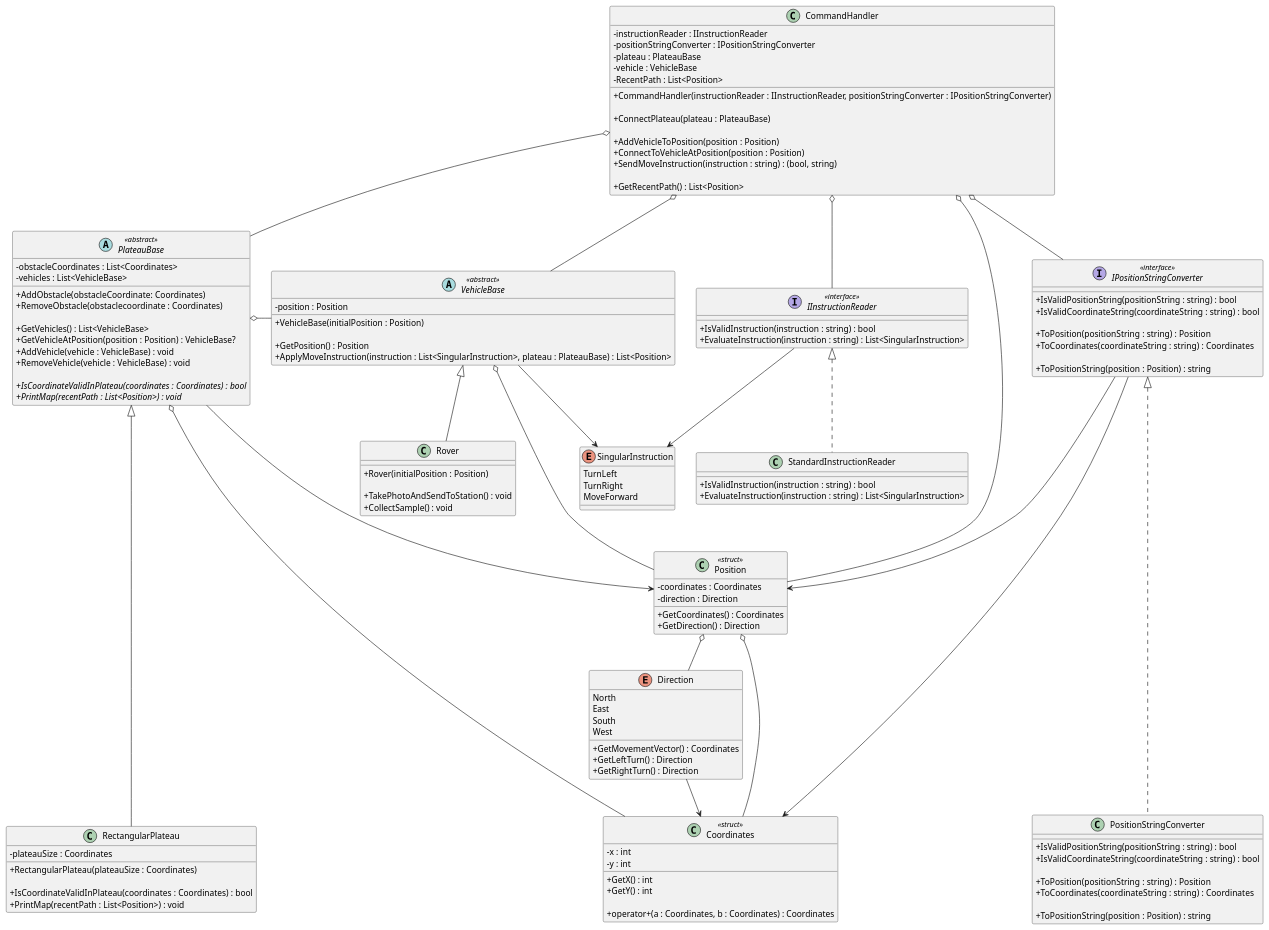
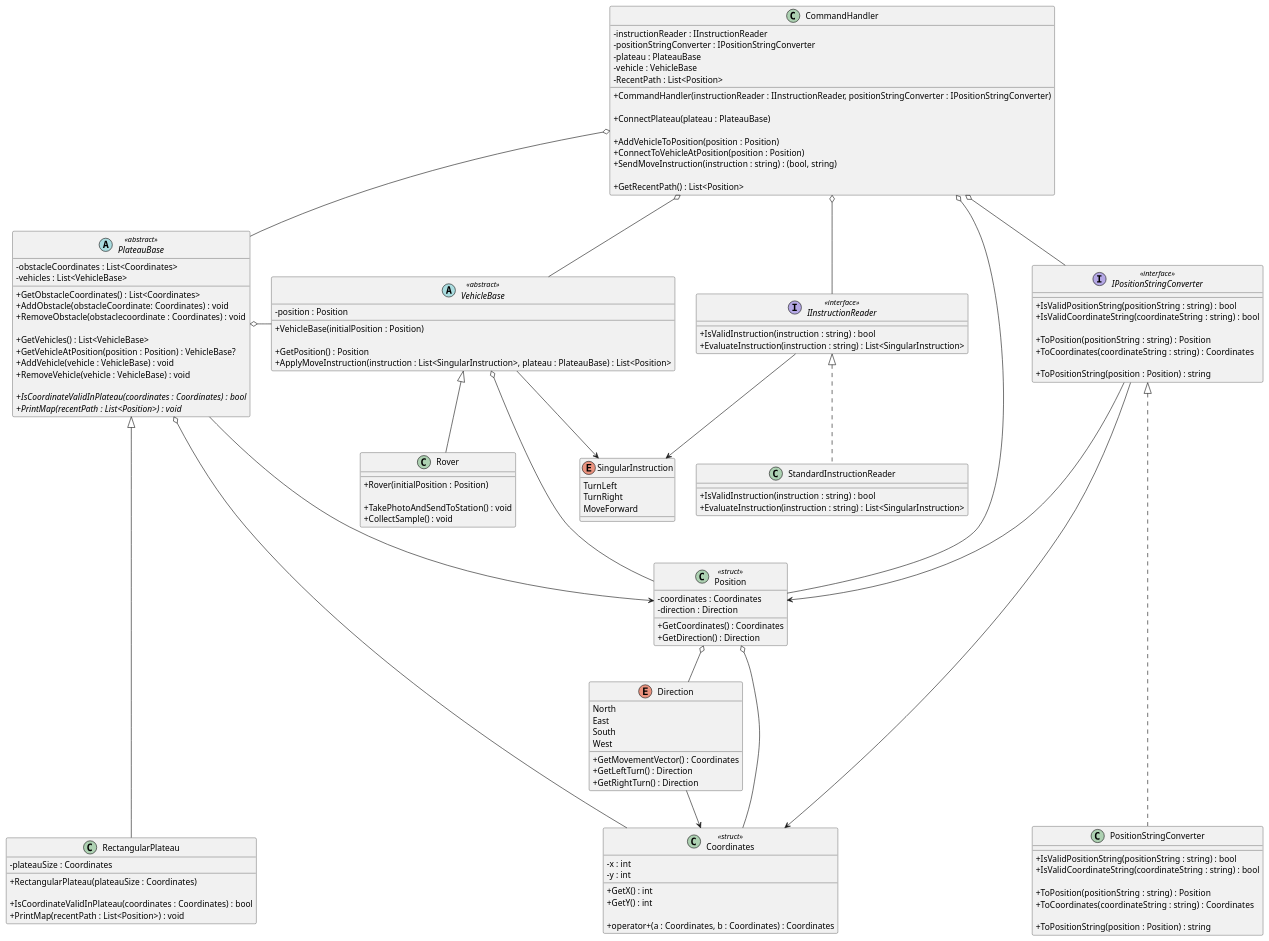
Before and after one commit to iamfranco/MarsRoverChallenge: the diagram in diagrams/MarsRoverChallenge.puml, drawn with PlantUML. The commit also changed 1 other file, not shown here.

Commit message:
UML: add GetObstacleCoordinates() method to VehicleBase, and add missing return types for some methods

```diff
--- a/diagrams/MarsRoverChallenge.puml
+++ b/diagrams/MarsRoverChallenge.puml
@@ -1,168 +1,169 @@
 @startuml "Mars Rover Challenge"
 skinparam classAttributeIconSize 0
 
 class CommandHandler
 {
   - instructionReader : IInstructionReader
   - positionStringConverter : IPositionStringConverter
   - plateau : PlateauBase
   - vehicle : VehicleBase
   - RecentPath : List<Position>
 
   + CommandHandler(instructionReader : IInstructionReader, positionStringConverter : IPositionStringConverter)
   
   + ConnectPlateau(plateau : PlateauBase)
 
   + AddVehicleToPosition(position : Position)
   + ConnectToVehicleAtPosition(position : Position)
   + SendMoveInstruction(instruction : string) : (bool, string)
 
   + GetRecentPath() : List<Position>
 }
 
 interface IInstructionReader <<interface>>
 {
   + IsValidInstruction(instruction : string) : bool
   + EvaluateInstruction(instruction : string) : List<SingularInstruction>
 }
 
 enum SingularInstruction
 {
   TurnLeft
   TurnRight
   MoveForward
 }
 
 class StandardInstructionReader
 {
   + IsValidInstruction(instruction : string) : bool
   + EvaluateInstruction(instruction : string) : List<SingularInstruction>
 }
 
 abstract PlateauBase <<abstract>>
 {
   - obstacleCoordinates : List<Coordinates>
   - vehicles : List<VehicleBase>
 
-  + AddObstacle(obstacleCoordinate: Coordinates)
-  + RemoveObstacle(obstaclecoordinate : Coordinates)
+  + GetObstacleCoordinates() : List<Coordinates>
+  + AddObstacle(obstacleCoordinate: Coordinates) : void
+  + RemoveObstacle(obstaclecoordinate : Coordinates) : void
 
   + GetVehicles() : List<VehicleBase>
   + GetVehicleAtPosition(position : Position) : VehicleBase?
   + AddVehicle(vehicle : VehicleBase) : void
   + RemoveVehicle(vehicle : VehicleBase) : void
 
   {abstract} + IsCoordinateValidInPlateau(coordinates : Coordinates) : bool
   {abstract} + PrintMap(recentPath : List<Position>) : void
 }
 
 class RectangularPlateau
 {
   - plateauSize : Coordinates
 
   + RectangularPlateau(plateauSize : Coordinates)
 
   + IsCoordinateValidInPlateau(coordinates : Coordinates) : bool
   + PrintMap(recentPath : List<Position>) : void
 }
 
 class Coordinates <<struct>>
 {
   - x : int
   - y : int
 
   + GetX() : int
   + GetY() : int
 
   + operator+(a : Coordinates, b : Coordinates) : Coordinates
 }
 
 enum Direction
 {
   North
   East
   South
   West
 
   + GetMovementVector() : Coordinates
   + GetLeftTurn() : Direction
   + GetRightTurn() : Direction
 }
 
 interface IPositionStringConverter <<interface>>
 {
   + IsValidPositionString(positionString : string) : bool
   + IsValidCoordinateString(coordinateString : string) : bool
 
   + ToPosition(positionString : string) : Position
   + ToCoordinates(coordinateString : string) : Coordinates
 
   + ToPositionString(position : Position) : string
 }
 
 class Position <<struct>>
 {
   - coordinates : Coordinates
   - direction : Direction
 
   + GetCoordinates() : Coordinates
   + GetDirection() : Direction
 }
 
 class PositionStringConverter
 {
   + IsValidPositionString(positionString : string) : bool
   + IsValidCoordinateString(coordinateString : string) : bool
 
   + ToPosition(positionString : string) : Position
   + ToCoordinates(coordinateString : string) : Coordinates
 
   + ToPositionString(position : Position) : string
 }
 
 class Rover
 {
   + Rover(initialPosition : Position)
 
   + TakePhotoAndSendToStation() : void
   + CollectSample() : void
 }
 
 abstract VehicleBase <<abstract>>
 {
   - position : Position
 
   + VehicleBase(initialPosition : Position)
 
   + GetPosition() : Position
   + ApplyMoveInstruction(instruction : List<SingularInstruction>, plateau : PlateauBase) : List<Position>
 }
 
 CommandHandler o-- IInstructionReader
 CommandHandler o-- IPositionStringConverter
 CommandHandler o-- PlateauBase
 CommandHandler o-- VehicleBase
 CommandHandler o---- Position
 
 IInstructionReader --> SingularInstruction
 IInstructionReader <|.. StandardInstructionReader 
 
 VehicleBase <|-- Rover
 VehicleBase --> SingularInstruction
 VehicleBase o--- Position
 
 IPositionStringConverter <|..... PositionStringConverter
 IPositionStringConverter ---> Position
 IPositionStringConverter ---> Coordinates
 
 PlateauBase <|----- RectangularPlateau
 PlateauBase --> Position
 PlateauBase o-- Coordinates
 PlateauBase o- VehicleBase
 
 Direction --> Coordinates 
 
 Position o-- Direction
 Position o-- Coordinates
 
 @enduml
```
